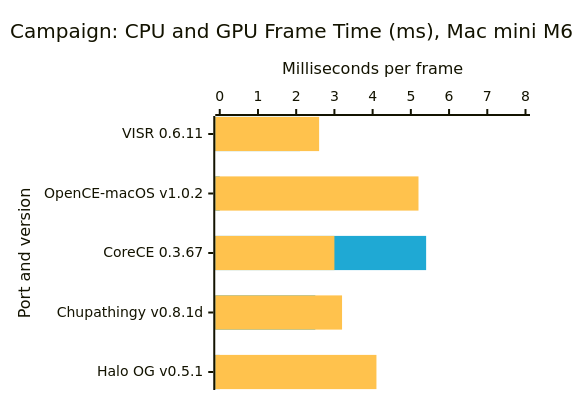
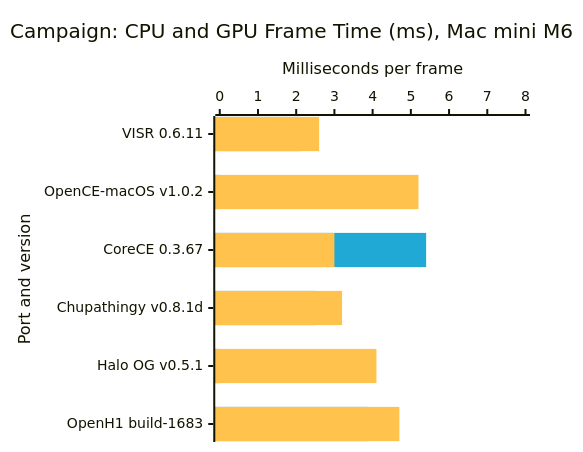
The first of 8 diagrams in docs/benchmarks.md (VISR-CE/visr), drawn with Mermaid before and after one commit. The commit also changed other lines of this file and 3 other files, not shown here.

First line of the commit message:
📝 docs(benchmarks): sync the results snapshot with the public sheet — adds the two M1 iPad Pro VISR 0.6.10 co-op rows, updates notes on 27 rows and GPU/CPU columns on five OpenH1 build-1683 rows, and normalizes number formatting

````diff
--- a/docs/benchmarks.md
+++ b/docs/benchmarks.md
@@ -19,17 +19,17 @@
 ```mermaid
 ---
 config:
   xyChart:
     width: 520
-    height: 380
+    height: 432
   themeVariables:
     xyChart:
       plotColorPalette: "#1fa9d4, #ffc24d"
 ---
 xychart-beta horizontal
     title "Campaign: CPU and GPU Frame Time (ms), Mac mini M6"
-    x-axis "Port and version" ["VISR 0.6.11", "OpenCE-macOS v1.0.2", "CoreCE 0.3.67", "Chupathingy v0.8.1d", "Halo OG v0.5.1"]
+    x-axis "Port and version" ["VISR 0.6.11", "OpenCE-macOS v1.0.2", "CoreCE 0.3.67", "Chupathingy v0.8.1d", "Halo OG v0.5.1", "OpenH1 build-1683"]
     y-axis "Milliseconds per frame" 0 --> 8
-    bar [2.1, 0, 5.4, 2.5, 0]
-    bar [2.6, 5.2, 3, 3.2, 4.1]
+    bar [2.1, 0, 5.4, 2.5, 0, 3.9]
+    bar [2.6, 5.2, 3, 3.2, 4.1, 4.7]
 ```
````
